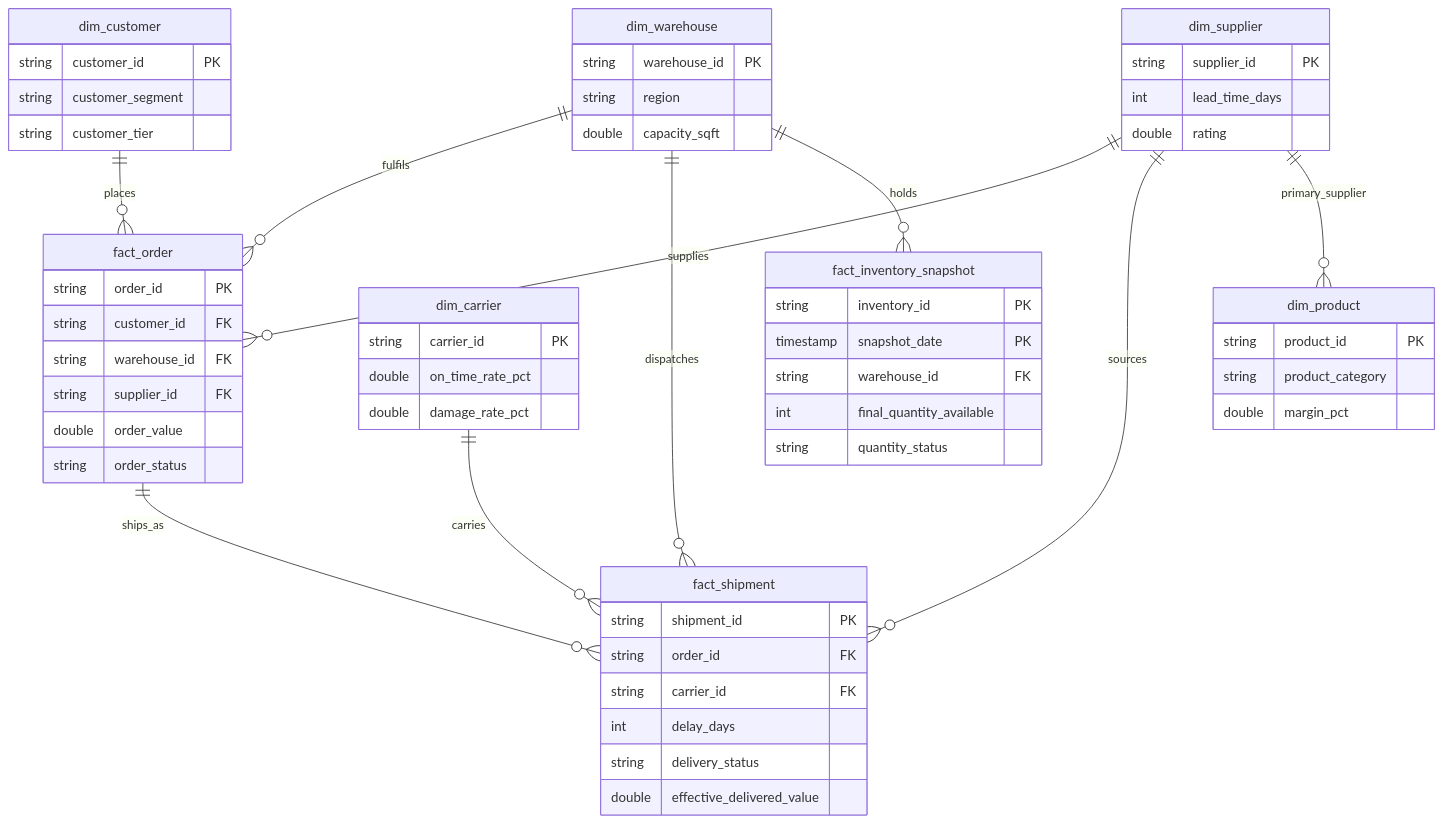
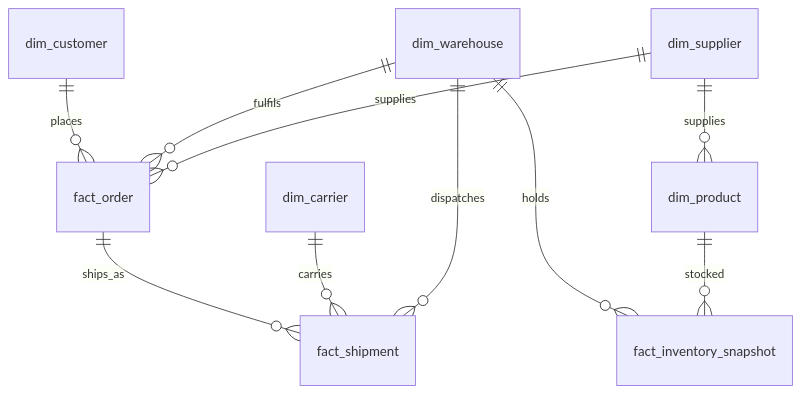
One commit to ghanshyamhadiya/Supply_chain changed the fourth of 4 diagrams in README.md. Above: the diagram before and after it, drawn with Mermaid. The commit also changed other lines of this file, not shown here.

````diff
--- a/README.md
+++ b/README.md
@@ -122,61 +137,12 @@
 ```mermaid
 erDiagram
     dim_customer  ||--o{ fact_order : places
     dim_warehouse ||--o{ fact_order : fulfils
     dim_supplier  ||--o{ fact_order : supplies
     fact_order    ||--o{ fact_shipment : ships_as
     dim_carrier   ||--o{ fact_shipment : carries
     dim_warehouse ||--o{ fact_shipment : dispatches
-    dim_supplier  ||--o{ fact_shipment : sources
     dim_warehouse ||--o{ fact_inventory_snapshot : holds
-    dim_supplier  ||--o{ dim_product : primary_supplier
-
-    fact_order {
-        string order_id PK
-        string customer_id FK
-        string warehouse_id FK
-        string supplier_id FK
-        double order_value
-        string order_status
-    }
-    fact_shipment {
-        string shipment_id PK
-        string order_id FK
-        string carrier_id FK
-        int delay_days
-        string delivery_status
-        double effective_delivered_value
-    }
-    fact_inventory_snapshot {
-        string inventory_id PK
-        timestamp snapshot_date PK
-        string warehouse_id FK
-        int final_quantity_available
-        string quantity_status
-    }
-    dim_customer {
-        string customer_id PK
-        string customer_segment
-        string customer_tier
-    }
-    dim_warehouse {
-        string warehouse_id PK
-        string region
-        double capacity_sqft
-    }
-    dim_supplier {
-        string supplier_id PK
-        int lead_time_days
-        double rating
-    }
-    dim_product {
-        string product_id PK
-        string product_category
-        double margin_pct
-    }
-    dim_carrier {
-        string carrier_id PK
-        double on_time_rate_pct
-        double damage_rate_pct
-    }
+    dim_product   ||--o{ fact_inventory_snapshot : stocked
+    dim_supplier  ||--o{ dim_product : supplies
 ```
````
